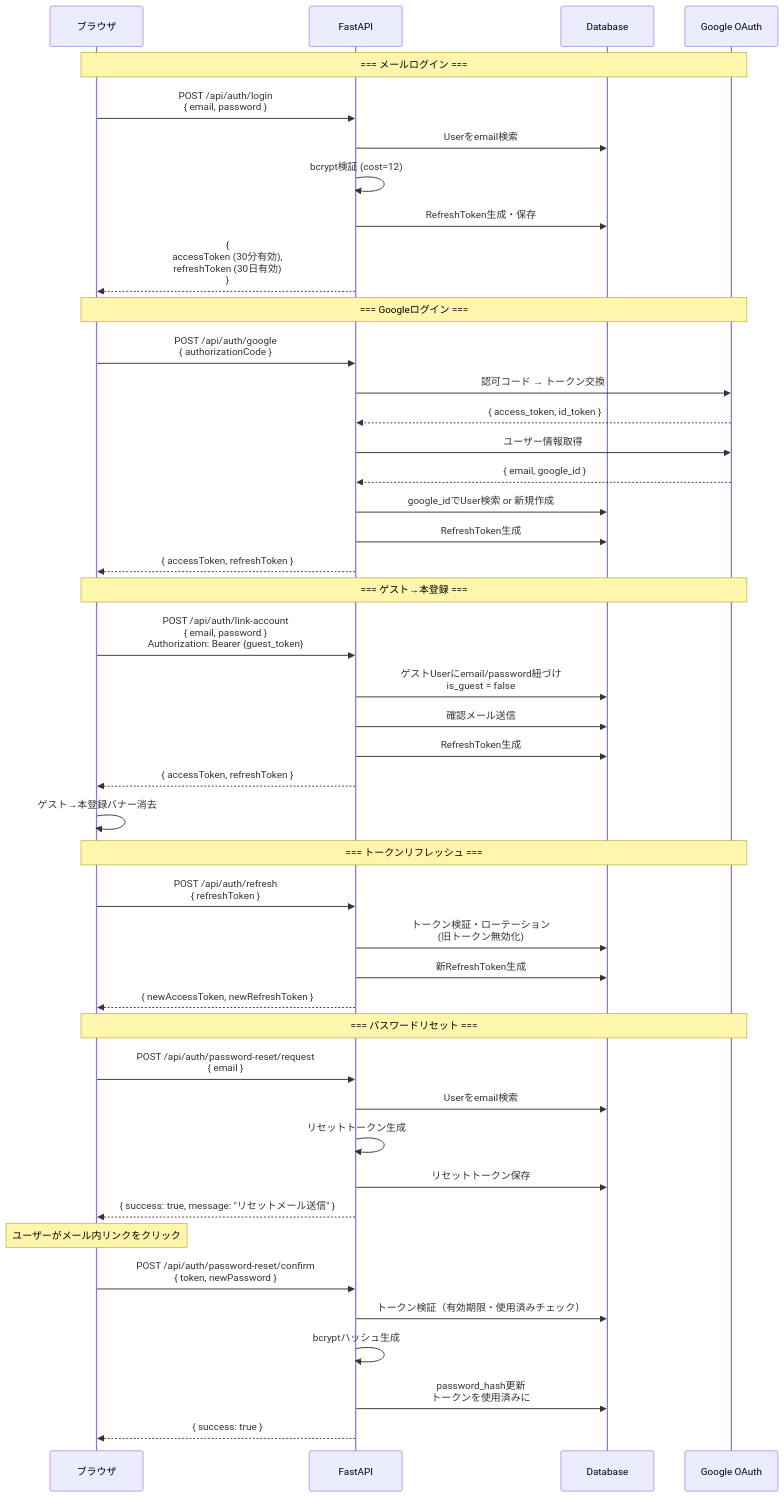
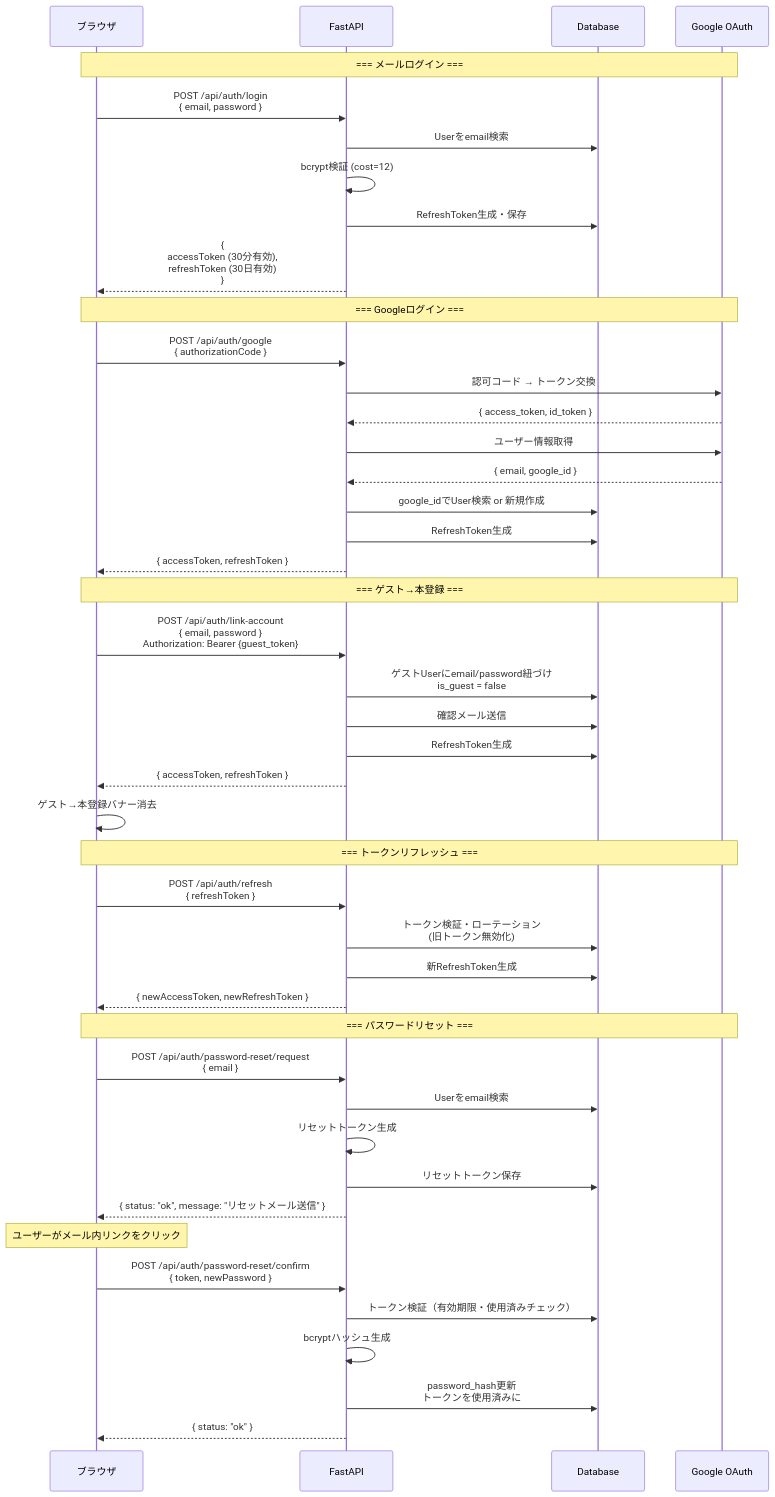
One commit to dateeee/2026_AFKGAME changed diagram 14 of 14 in diagrams/api_sequence.md. Above: the diagram before and after it, drawn with Mermaid. The commit also changed other lines of this file and 34 other files, not shown here.

First line of the commit message:
docs+fix: 工程定義に基づく要件〜詳細設計の見直し — 全仕様書・設計図レビューと指摘修正

````diff
--- a/diagrams/api_sequence.md
+++ b/diagrams/api_sequence.md
@@ -535,59 +571,59 @@
 ```mermaid
 %%{init: {'theme': 'default', 'sequence': {'actorFontSize': 18, 'messageFontSize': 16, 'noteFontSize': 14}} }%%
 sequenceDiagram
     participant B as ブラウザ
     participant API as FastAPI
     participant DB as Database
     participant Google as Google OAuth
 
     Note over B,Google: === メールログイン ===
 
     B->>API: POST /api/auth/login<br/>{ email, password }
     API->>DB: Userをemail検索
     API->>API: bcrypt検証 (cost=12)
     API->>DB: RefreshToken生成・保存
     API-->>B: {<br/>  accessToken (30分有効),<br/>  refreshToken (30日有効)<br/>}
 
     Note over B,Google: === Googleログイン ===
 
     B->>API: POST /api/auth/google<br/>{ authorizationCode }
     API->>Google: 認可コード → トークン交換
     Google-->>API: { access_token, id_token }
     API->>Google: ユーザー情報取得
     Google-->>API: { email, google_id }
     API->>DB: google_idでUser検索 or 新規作成
     API->>DB: RefreshToken生成
     API-->>B: { accessToken, refreshToken }
 
     Note over B,Google: === ゲスト→本登録 ===
 
     B->>API: POST /api/auth/link-account<br/>{ email, password }<br/>Authorization: Bearer {guest_token}
     API->>DB: ゲストUserにemail/password紐づけ<br/>is_guest = false
     API->>DB: 確認メール送信
     API->>DB: RefreshToken生成
     API-->>B: { accessToken, refreshToken }
     B->>B: ゲスト→本登録バナー消去
 
     Note over B,Google: === トークンリフレッシュ ===
 
     B->>API: POST /api/auth/refresh<br/>{ refreshToken }
     API->>DB: トークン検証・ローテーション<br/>(旧トークン無効化)
     API->>DB: 新RefreshToken生成
     API-->>B: { newAccessToken, newRefreshToken }
 
     Note over B,Google: === パスワードリセット ===
 
     B->>API: POST /api/auth/password-reset/request<br/>{ email }
     API->>DB: Userをemail検索
     API->>API: リセットトークン生成
     API->>DB: リセットトークン保存
-    API-->>B: { success: true, message: "リセットメール送信" }
+    API-->>B: { status: "ok", message: "リセットメール送信" }
 
     Note over B: ユーザーがメール内リンクをクリック
 
     B->>API: POST /api/auth/password-reset/confirm<br/>{ token, newPassword }
     API->>DB: トークン検証（有効期限・使用済みチェック）
     API->>API: bcryptハッシュ生成
     API->>DB: password_hash更新<br/>トークンを使用済みに
-    API-->>B: { success: true }
+    API-->>B: { status: "ok" }
 ```
````
